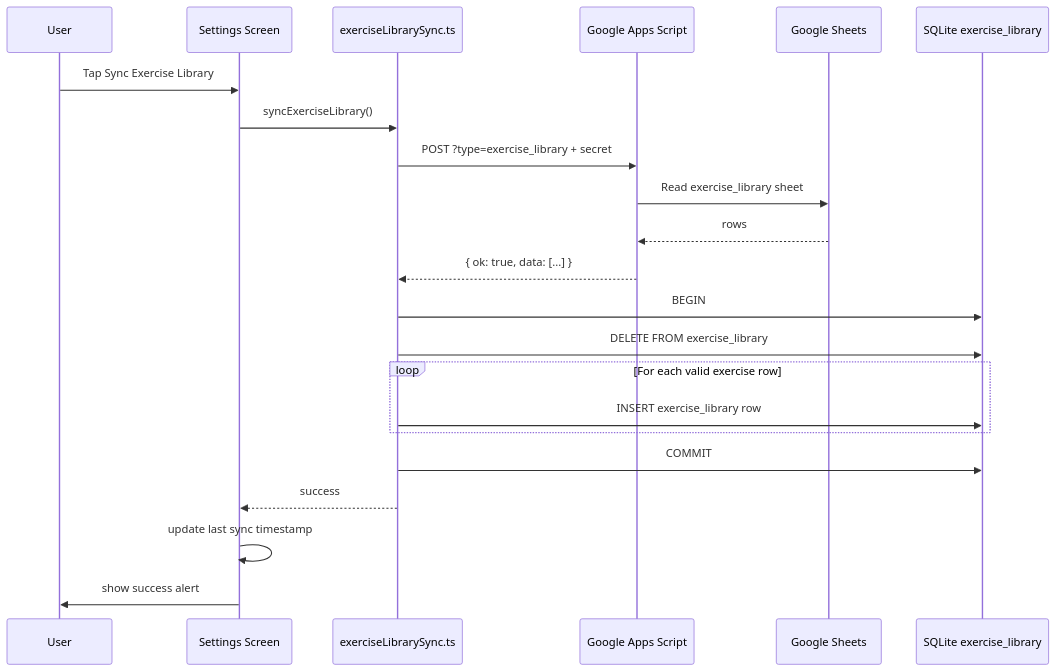
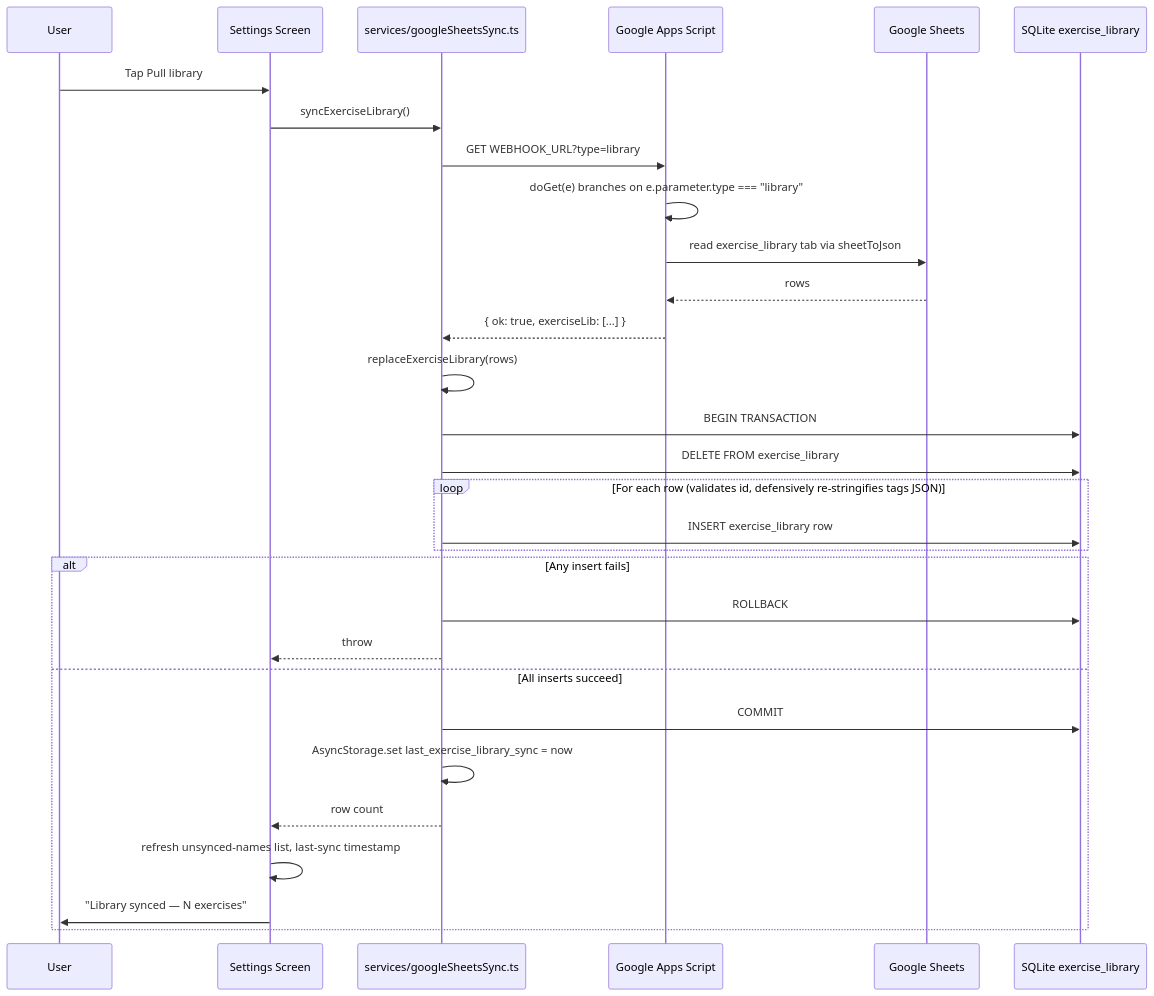
Before and after one commit to siddhantagwl/smart-gym-assistant: the third of 6 diagrams in ARCHITECTURE.md, drawn with Mermaid. The commit also changed other lines of this file and 1 other file, not shown here.

Commit message:
docs: update CLAUDE.md and ARCHITECTURE.md for rest notifications + settings refresh

````diff
--- a/ARCHITECTURE.md
+++ b/ARCHITECTURE.md
@@ -412,24 +465,32 @@
 ```mermaid
 sequenceDiagram
   participant User
   participant SettingsUI as Settings Screen
-  participant SyncService as exerciseLibrarySync.ts
+  participant SyncService as services/googleSheetsSync.ts
   participant AppsScript as Google Apps Script
   participant Sheets as Google Sheets
   participant SQLite as SQLite exercise_library
-  User->>SettingsUI: Tap Sync Exercise Library
+  User->>SettingsUI: Tap Pull library
   SettingsUI->>SyncService: syncExerciseLibrary()
-  SyncService->>AppsScript: POST ?type=exercise_library + secret
-  AppsScript->>Sheets: Read exercise_library sheet
+  SyncService->>AppsScript: GET WEBHOOK_URL?type=library
+  AppsScript->>AppsScript: doGet(e) branches on e.parameter.type === "library"
+  AppsScript->>Sheets: read exercise_library tab via sheetToJson
   Sheets-->>AppsScript: rows
-  AppsScript-->>SyncService: { ok: true, data: [...] }
-  SyncService->>SQLite: BEGIN
+  AppsScript-->>SyncService: { ok: true, exerciseLib: [...] }
+  SyncService->>SyncService: replaceExerciseLibrary(rows)
+  SyncService->>SQLite: BEGIN TRANSACTION
   SyncService->>SQLite: DELETE FROM exercise_library
-  loop For each valid exercise row
+  loop For each row (validates id, defensively re-stringifies tags JSON)
     SyncService->>SQLite: INSERT exercise_library row
   end
-  SyncService->>SQLite: COMMIT
-  SyncService-->>SettingsUI: success
-  SettingsUI->>SettingsUI: update last sync timestamp
-  SettingsUI->>User: show success alert
+  alt Any insert fails
+    SyncService->>SQLite: ROLLBACK
+    SyncService-->>SettingsUI: throw
+  else All inserts succeed
+    SyncService->>SQLite: COMMIT
+    SyncService->>SyncService: AsyncStorage.set last_exercise_library_sync = now
+    SyncService-->>SettingsUI: row count
+    SettingsUI->>SettingsUI: refresh unsynced-names list, last-sync timestamp
+    SettingsUI->>User: "Library synced — N exercises"
+  end
 ```
````
